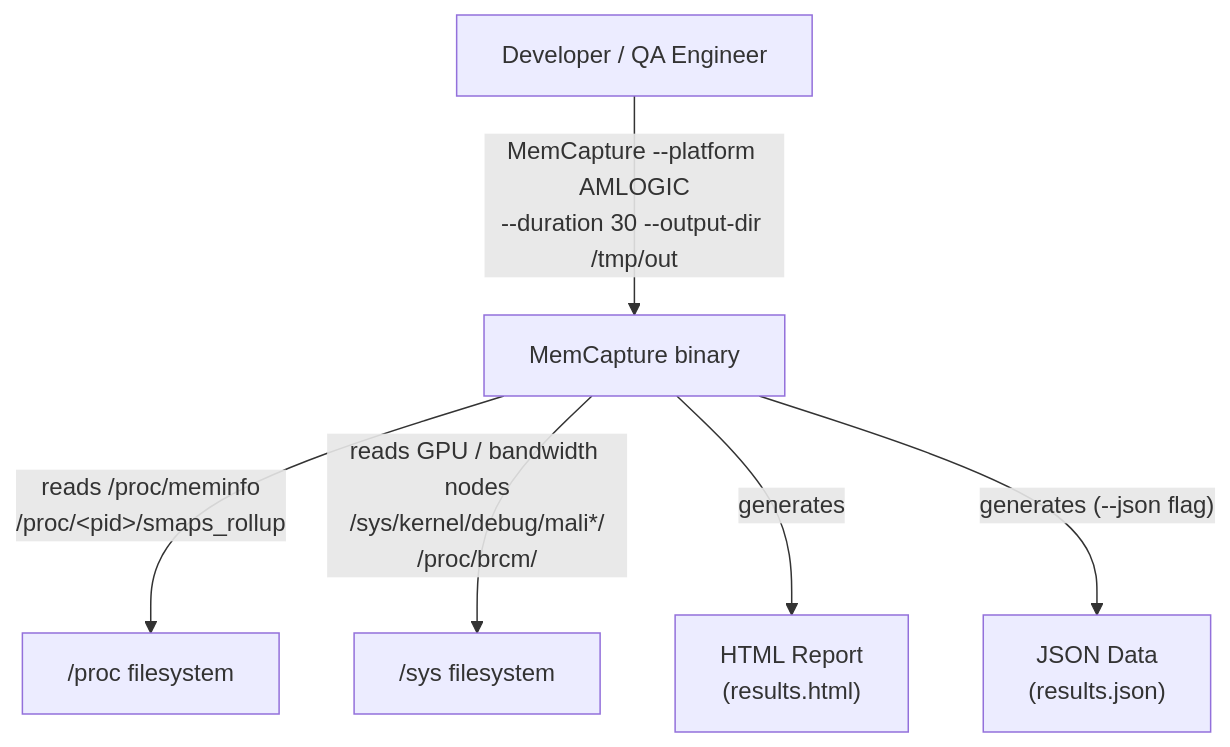
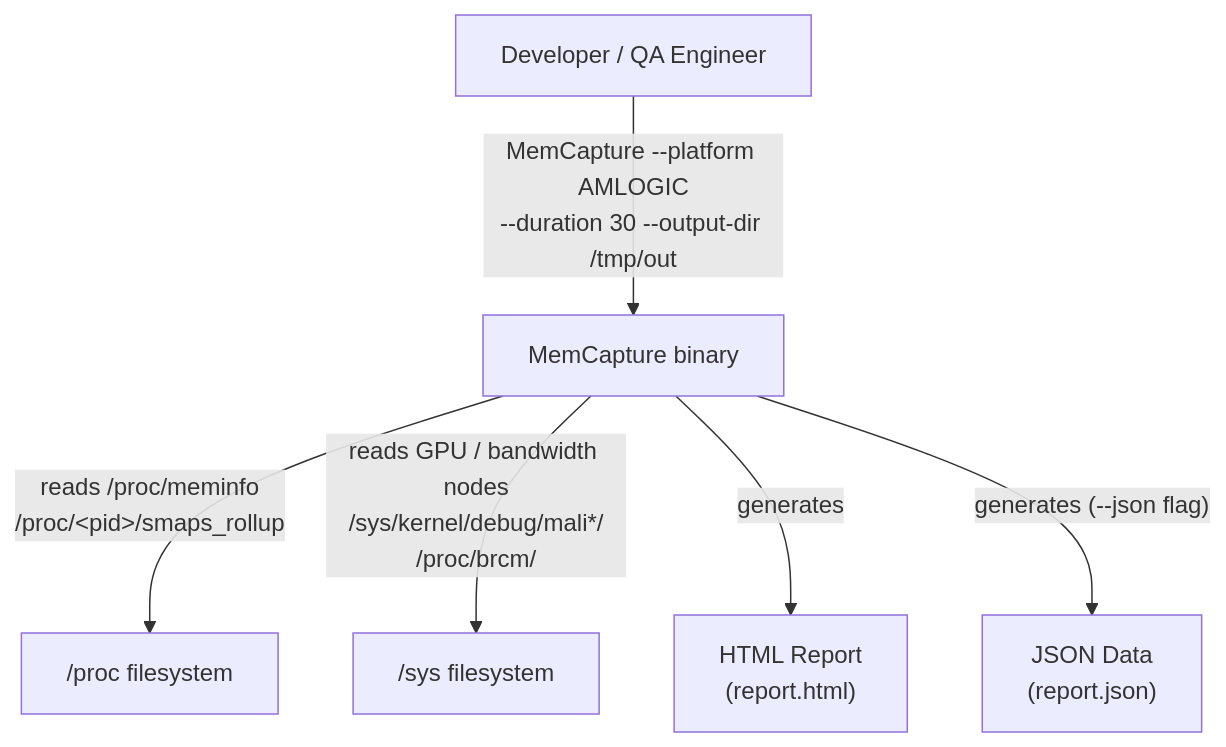
The first of 9 diagrams in docs/architecture/overview.md (rdkcentral/MemCapture), drawn with Mermaid before and after one commit. The commit also changed other lines of this file and 11 other files, not shown here.

First line of the commit message:
Apply PR review feedback: fix output filenames, JSON schema, std::map docs, and prerequisites

````diff
--- a/docs/architecture/overview.md
+++ b/docs/architecture/overview.md
@@ -18,15 +18,15 @@
 ```mermaid
 graph TB
     User["Developer / QA Engineer"]
     MC["MemCapture binary"]
     proc["/proc filesystem"]
     sysfs["/sys filesystem"]
-    HTML["HTML Report\n(results.html)"]
-    JSON["JSON Data\n(results.json)"]
+    HTML["HTML Report\n(report.html)"]
+    JSON["JSON Data\n(report.json)"]
 
     User -->|"MemCapture --platform AMLOGIC\n--duration 30 --output-dir /tmp/out"| MC
     MC -->|"reads /proc/meminfo\n/proc/&lt;pid&gt;/smaps_rollup"| proc
     MC -->|"reads GPU / bandwidth nodes\n/sys/kernel/debug/mali*/\n/proc/brcm/"| sysfs
     MC -->|generates| HTML
     MC -->|"generates (--json flag)"| JSON
 ```
````
